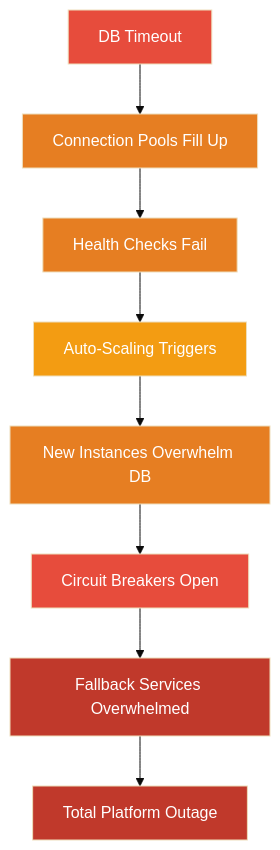
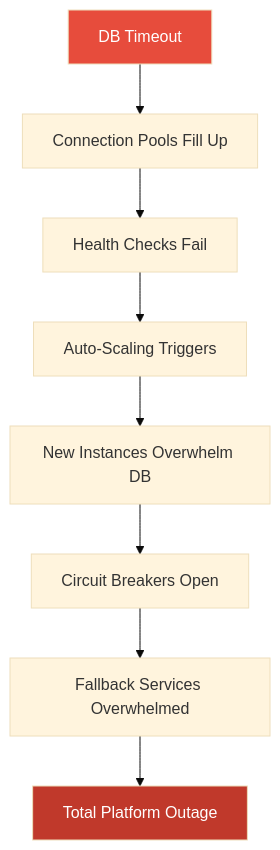
One commit to williamzujkowski/williamzujkowski.github.io changed the diagram in src/posts/2024-06-25-designing-resilient-systems.md. Above: the diagram before and after it, drawn with Mermaid (base theme). The commit also changed other lines of this file and 1 other file, not shown here.

````diff
--- a/src/posts/2024-06-25-designing-resilient-systems.md
+++ b/src/posts/2024-06-25-designing-resilient-systems.md
@@ -41,19 +25,13 @@
 ```mermaid
 flowchart TD
     A["DB Timeout"] --> B["Connection Pools Fill Up"]
     B --> C["Health Checks Fail"]
     C --> D["Auto-Scaling Triggers"]
     D --> E["New Instances Overwhelm DB"]
     E --> F["Circuit Breakers Open"]
     F --> G["Fallback Services Overwhelmed"]
     G --> H["Total Platform Outage"]
 
     style A fill:#e74c3c,color:#fff
     style H fill:#c0392b,color:#fff
-    style B fill:#e67e22,color:#fff
-    style C fill:#e67e22,color:#fff
-    style D fill:#f39c12,color:#fff
-    style E fill:#e67e22,color:#fff
-    style F fill:#e74c3c,color:#fff
-    style G fill:#c0392b,color:#fff
 ```
````
